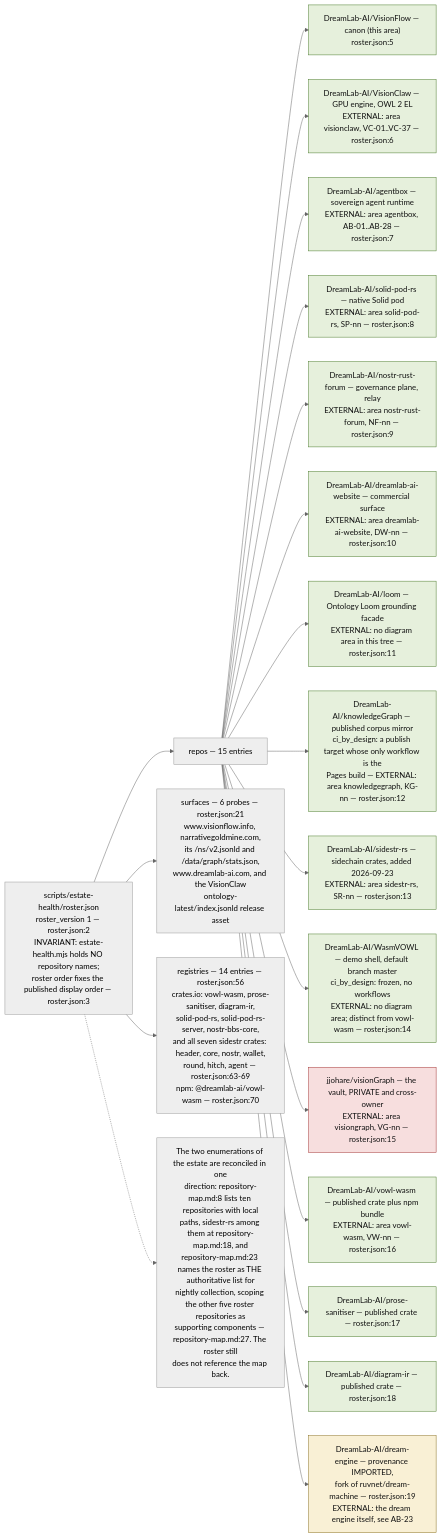
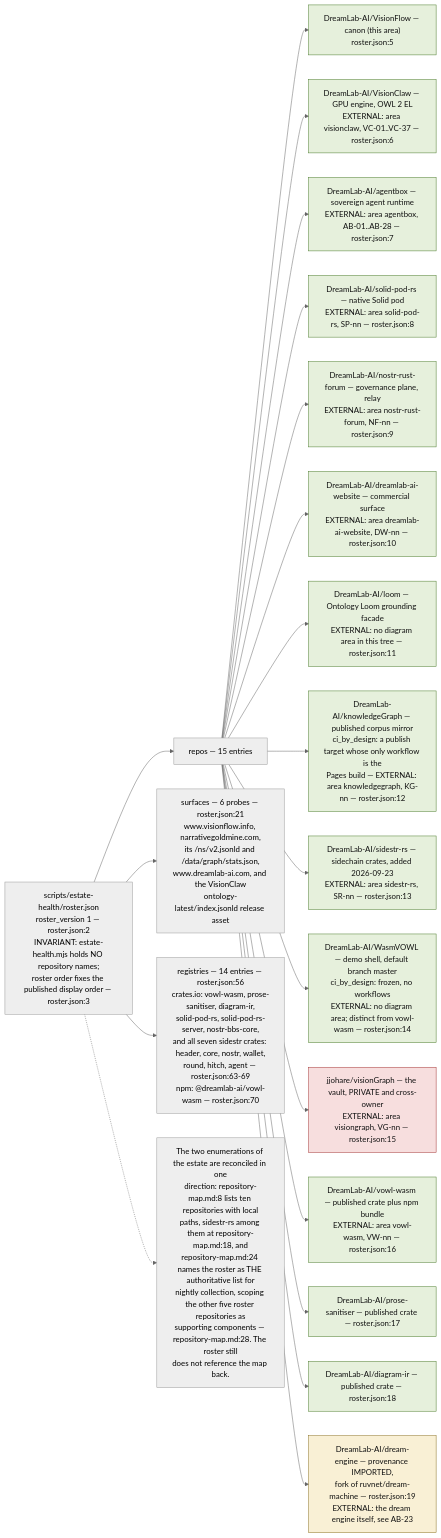
One commit to DreamLab-AI/VisionFlow changed the first of 9 diagrams in docs/diagrams/visionflow/03-estate-health.md. Above: the diagram before and after it, drawn with Mermaid (neutral theme). The commit also changed other lines of this file and 80 other files, not shown here.

First line of the commit message:
docs(diagrams): re-verify the agentbox, dreamlab, estate and visionflow corpus against current sources

````diff
--- a/docs/diagrams/visionflow/03-estate-health.md
+++ b/docs/diagrams/visionflow/03-estate-health.md
@@ -30,31 +30,31 @@
 ```mermaid
 flowchart LR
     classDef fp fill:#e6f0dc,stroke:#4a7a2a,color:#111
     classDef imp fill:#f9f0d5,stroke:#8a7020,color:#111
     classDef priv fill:#f7dede,stroke:#a33333,color:#111
 
     R["scripts/estate-health/roster.json<br/>roster_version 1 — roster.json:2<br/>INVARIANT: estate-health.mjs holds NO repository names;<br/>roster order fixes the published display order — roster.json:3"]
 
     R --> REPOS["repos — 15 entries"]
     REPOS --> P1["DreamLab-AI/VisionFlow — canon (this area)<br/>roster.json:5"]:::fp
     REPOS --> P2["DreamLab-AI/VisionClaw — GPU engine, OWL 2 EL<br/>EXTERNAL: area visionclaw, VC-01..VC-37 — roster.json:6"]:::fp
     REPOS --> P3["DreamLab-AI/agentbox — sovereign agent runtime<br/>EXTERNAL: area agentbox, AB-01..AB-28 — roster.json:7"]:::fp
     REPOS --> P4["DreamLab-AI/solid-pod-rs — native Solid pod<br/>EXTERNAL: area solid-pod-rs, SP-nn — roster.json:8"]:::fp
     REPOS --> P5["DreamLab-AI/nostr-rust-forum — governance plane, relay<br/>EXTERNAL: area nostr-rust-forum, NF-nn — roster.json:9"]:::fp
     REPOS --> P6["DreamLab-AI/dreamlab-ai-website — commercial surface<br/>EXTERNAL: area dreamlab-ai-website, DW-nn — roster.json:10"]:::fp
     REPOS --> P7["DreamLab-AI/loom — Ontology Loom grounding facade<br/>EXTERNAL: no diagram area in this tree — roster.json:11"]:::fp
     REPOS --> P8["DreamLab-AI/knowledgeGraph — published corpus mirror<br/>ci_by_design: a publish target whose only workflow is the<br/>Pages build — EXTERNAL: area knowledgegraph, KG-nn — roster.json:12"]:::fp
     REPOS --> P15["DreamLab-AI/sidestr-rs — sidechain crates, added 2026-09-23<br/>EXTERNAL: area sidestr-rs, SR-nn — roster.json:13"]:::fp
     REPOS --> P9["DreamLab-AI/WasmVOWL — demo shell, default branch master<br/>ci_by_design: frozen, no workflows<br/>EXTERNAL: no diagram area; distinct from vowl-wasm — roster.json:14"]:::fp
     REPOS --> P10["jjohare/visionGraph — the vault, PRIVATE and cross-owner<br/>EXTERNAL: area visiongraph, VG-nn — roster.json:15"]:::priv
     REPOS --> P11["DreamLab-AI/vowl-wasm — published crate plus npm bundle<br/>EXTERNAL: area vowl-wasm, VW-nn — roster.json:16"]:::fp
     REPOS --> P12["DreamLab-AI/prose-sanitiser — published crate — roster.json:17"]:::fp
     REPOS --> P13["DreamLab-AI/diagram-ir — published crate — roster.json:18"]:::fp
     REPOS --> P14["DreamLab-AI/dream-engine — provenance IMPORTED,<br/>fork of ruvnet/dream-machine — roster.json:19<br/>EXTERNAL: the dream engine itself, see AB-23"]:::imp
 
     R --> SURF["surfaces — 6 probes — roster.json:21<br/>www.visionflow.info, narrativegoldmine.com,<br/>its /ns/v2.jsonld and /data/graph/stats.json,<br/>www.dreamlab-ai.com, and the VisionClaw<br/>ontology-latest/index.jsonld release asset"]
     R --> REG["registries — 14 entries — roster.json:56<br/>crates.io: vowl-wasm, prose-sanitiser, diagram-ir,<br/>solid-pod-rs, solid-pod-rs-server, nostr-bbs-core,<br/>and all seven sidestr crates: header, core, nostr, wallet,<br/>round, hitch, agent — roster.json:63-69<br/>npm: @dreamlab-ai/vowl-wasm — roster.json:70"]
 
-    NOTE["The two enumerations of the estate are reconciled in one<br/>direction: repository-map.md:8 lists ten repositories with local<br/>paths, sidestr-rs among them at repository-map.md:18, and<br/>repository-map.md:23 names the roster as THE authoritative list for<br/>nightly collection, scoping the other five roster repositories as<br/>supporting components — repository-map.md:27. The roster still<br/>does not reference the map back."]
+    NOTE["The two enumerations of the estate are reconciled in one<br/>direction: repository-map.md:8 lists ten repositories with local<br/>paths, sidestr-rs among them at repository-map.md:18, and<br/>repository-map.md:24 names the roster as THE authoritative list for<br/>nightly collection, scoping the other five roster repositories as<br/>supporting components — repository-map.md:28. The roster still<br/>does not reference the map back."]
     R -.-> NOTE
 ```
````
